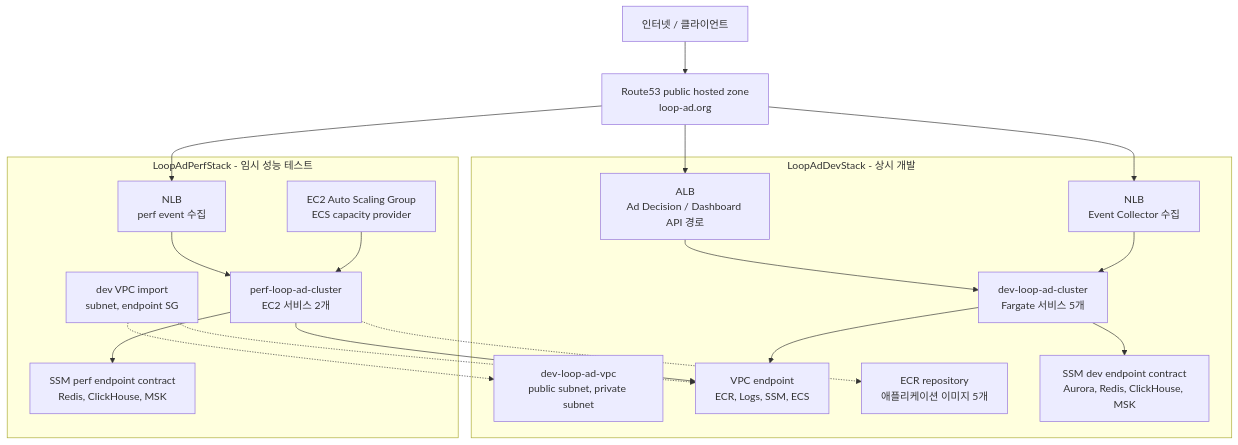
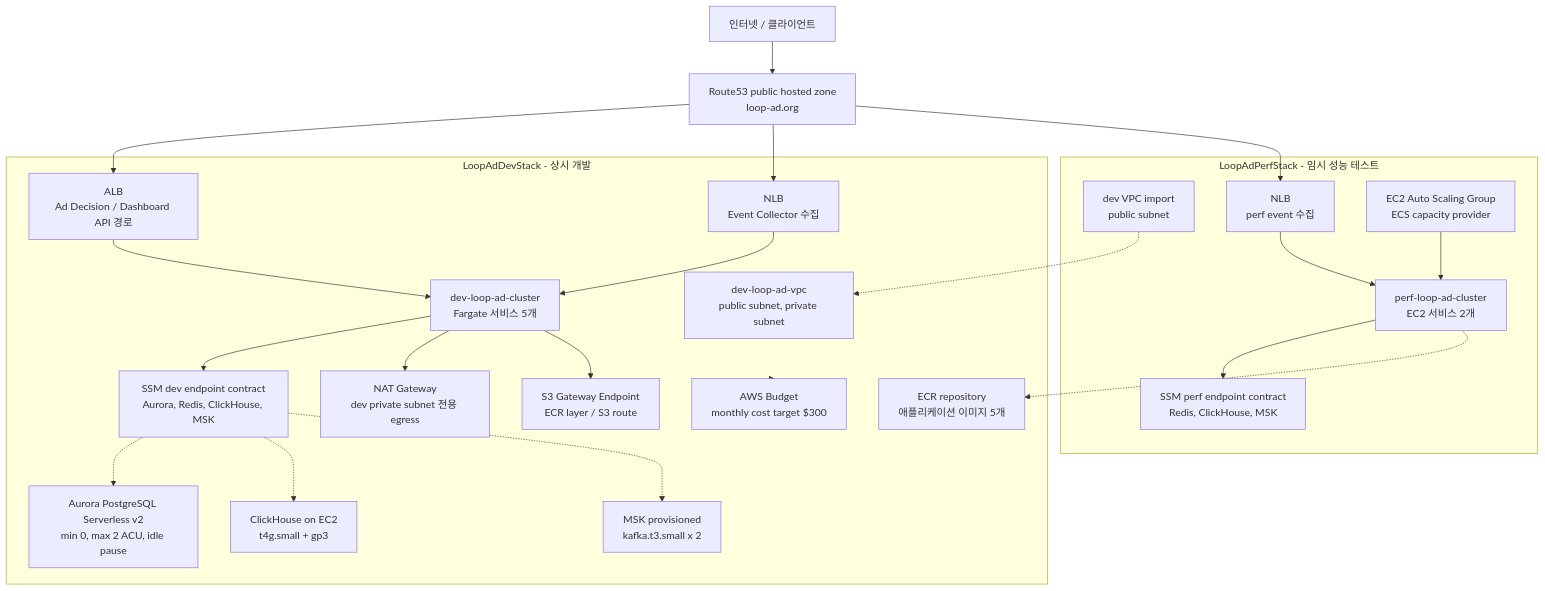
Before and after one commit to krafton-jungle-project-4team/loop-ad_infra: the diagram in README.md, drawn with Mermaid. The commit also changed other lines of this file and 7 other files, not shown here.

Commit message:
Add cost-aware dev infrastructure design

````diff
--- a/README.md
+++ b/README.md
@@ -28,41 +32,49 @@
 ```mermaid
 flowchart TB
     Internet["인터넷 / 클라이언트"]
     Route53["Route53 public hosted zone<br/>loop-ad.org"]
 
     subgraph DevStack["LoopAdDevStack - 상시 개발"]
         Vpc["dev-loop-ad-vpc<br/>public subnet, private subnet"]
-        VpcEndpoints["VPC endpoint<br/>ECR, Logs, SSM, ECS"]
+        Nat["NAT Gateway<br/>dev private subnet 전용 egress"]
+        S3Endpoint["S3 Gateway Endpoint<br/>ECR layer / S3 route"]
+        Budget["AWS Budget<br/>monthly cost target $300"]
         Ecr["ECR repository<br/>애플리케이션 이미지 5개"]
         DevAlb["ALB<br/>Ad Decision / Dashboard API 경로"]
         DevNlb["NLB<br/>Event Collector 수집"]
         DevEcs["dev-loop-ad-cluster<br/>Fargate 서비스 5개"]
         DevContracts["SSM dev endpoint contract<br/>Aurora, Redis, ClickHouse, MSK"]
+        Aurora["Aurora PostgreSQL Serverless v2<br/>min 0, max 2 ACU, idle pause"]
+        ClickHouse["ClickHouse on EC2<br/>t4g.small + gp3"]
+        Msk["MSK provisioned<br/>kafka.t3.small x 2"]
     end
 
     subgraph PerfStack["LoopAdPerfStack - 임시 성능 테스트"]
-        PerfImport["dev VPC import<br/>subnet, endpoint SG"]
+        PerfImport["dev VPC import<br/>public subnet"]
         PerfNlb["NLB<br/>perf event 수집"]
         PerfCapacity["EC2 Auto Scaling Group<br/>ECS capacity provider"]
         PerfEcs["perf-loop-ad-cluster<br/>EC2 서비스 2개"]
         PerfContracts["SSM perf endpoint contract<br/>Redis, ClickHouse, MSK"]
     end
 
     Internet --> Route53
     Route53 --> DevAlb
     Route53 --> DevNlb
     Route53 --> PerfNlb
 
     DevAlb --> DevEcs
     DevNlb --> DevEcs
     DevEcs --> DevContracts
-    DevEcs --> VpcEndpoints
+    DevEcs --> Nat
+    DevEcs --> S3Endpoint
+    DevContracts -.-> Aurora
+    DevContracts -.-> ClickHouse
+    DevContracts -.-> Msk
+    DevStack --> Budget
 
     PerfImport -.-> Vpc
-    PerfImport -.-> VpcEndpoints
     PerfNlb --> PerfEcs
     PerfCapacity --> PerfEcs
     PerfEcs --> PerfContracts
     PerfEcs -.-> Ecr
-    PerfEcs --> VpcEndpoints
 ```
````
